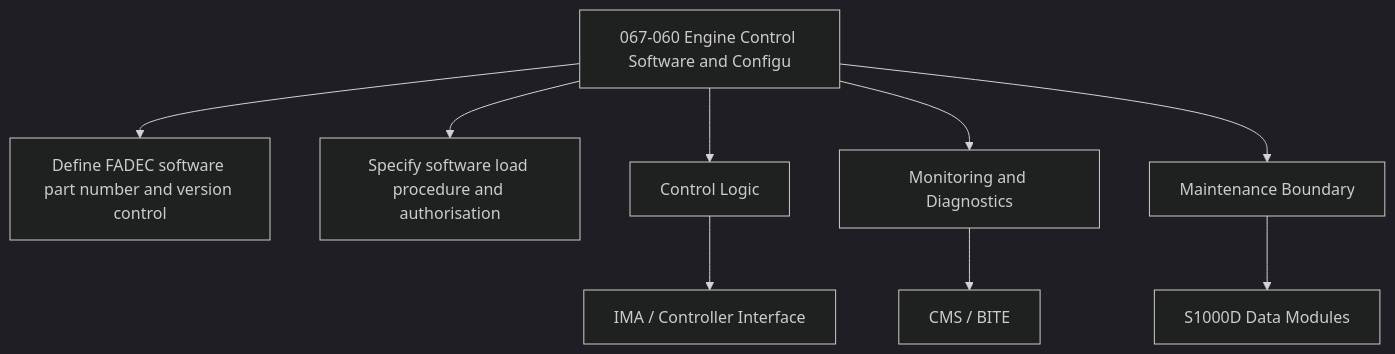
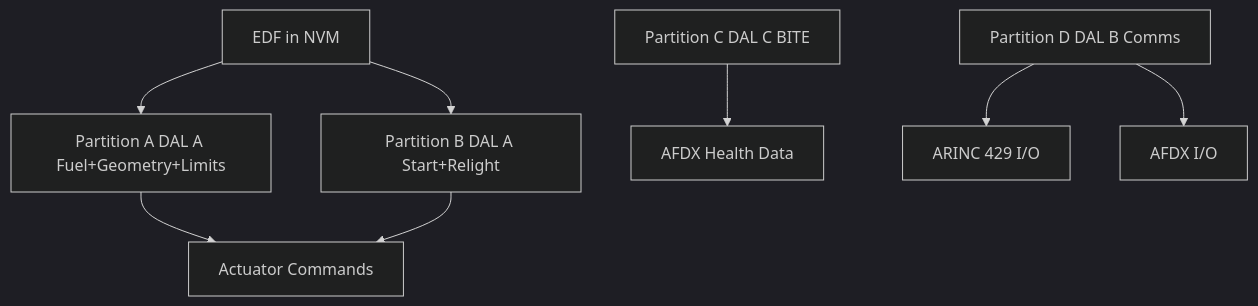
The second of 2 diagrams in Q+ATLANTIDE/000-099_ATLAS/060-069_Propulsion-Tradicional/067_Engine-Controls/067-060-Engine-Control-Software-and-Configuration.md (AmedeoPelliccia/Qplus-For-All-Queer-People-and-Quantum), drawn with Mermaid (dark theme) before and after one commit. The commit also changed other lines of this file and 9 other files, not shown here.

````diff
--- a/Q+ATLANTIDE/000-099_ATLAS/060-069_Propulsion-Tradicional/067_Engine-Controls/067-060-Engine-Control-Software-and-Configuration.md
+++ b/Q+ATLANTIDE/000-099_ATLAS/060-069_Propulsion-Tradicional/067_Engine-Controls/067-060-Engine-Control-Software-and-Configuration.md
@@ -172,11 +105,10 @@
 ```mermaid
 flowchart TB
-    SYS[067-060 Engine Control Software and Configu] --> F1[Define FADEC software part number and version control]
-    SYS --> F2[Specify software load procedure and authorisation]
-    SYS --> CTRL[Control Logic]
-    SYS --> MON[Monitoring and Diagnostics]
-    SYS --> MAINT[Maintenance Boundary]
-    CTRL --> IMA[IMA / Controller Interface]
-    MON --> CMS[CMS / BITE]
-    MAINT --> CSDB[S1000D Data Modules]
+    PART_A[Partition A DAL A Fuel+Geometry+Limits] --> OUTPUTS[Actuator Commands]
+    PART_B[Partition B DAL A Start+Relight] --> OUTPUTS
+    PART_C[Partition C DAL C BITE] --> AFDX_OUT[AFDX Health Data]
+    PART_D[Partition D DAL B Comms] --> ARINC_IO[ARINC 429 I/O]
+    PART_D --> AFDX_IO[AFDX I/O]
+    EDF_NVM[EDF in NVM] --> PART_A
+    EDF_NVM --> PART_B
 ```
````
